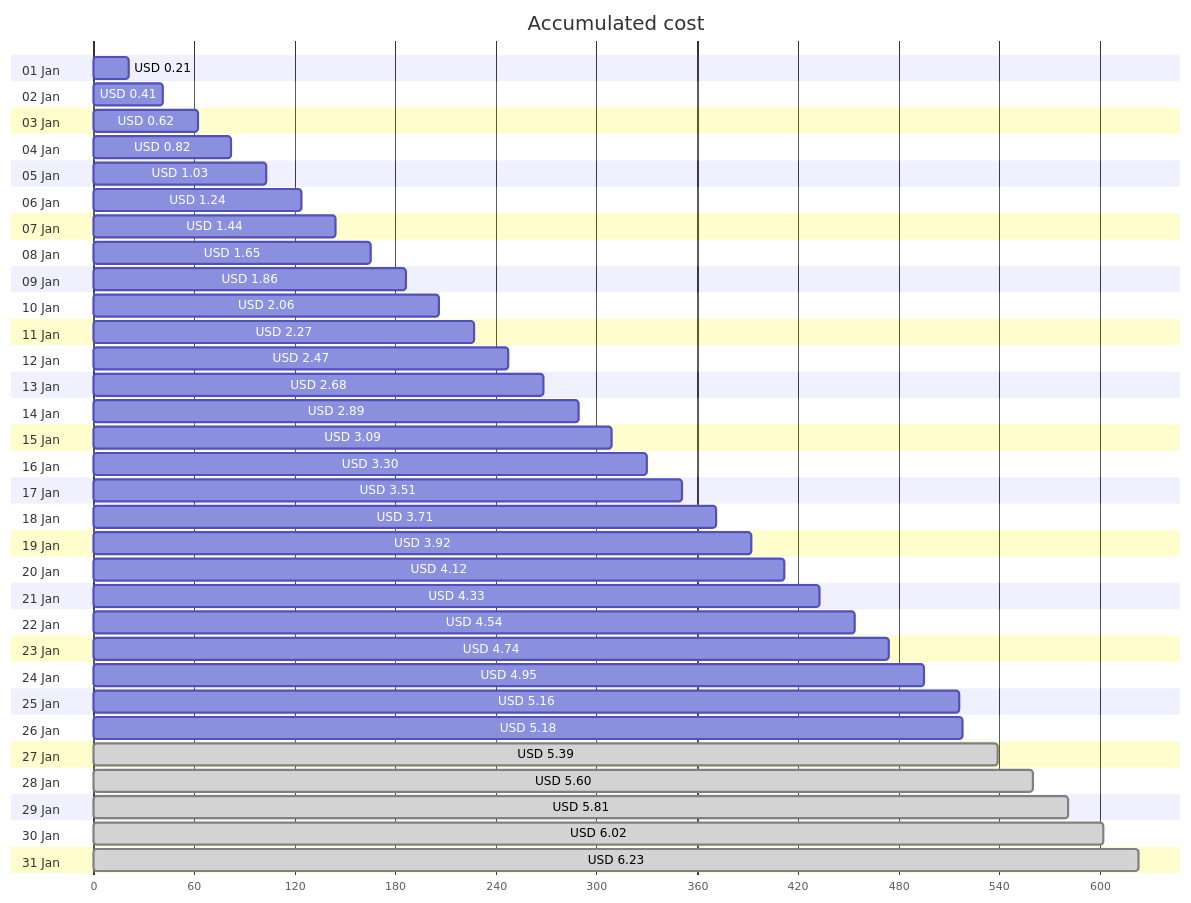
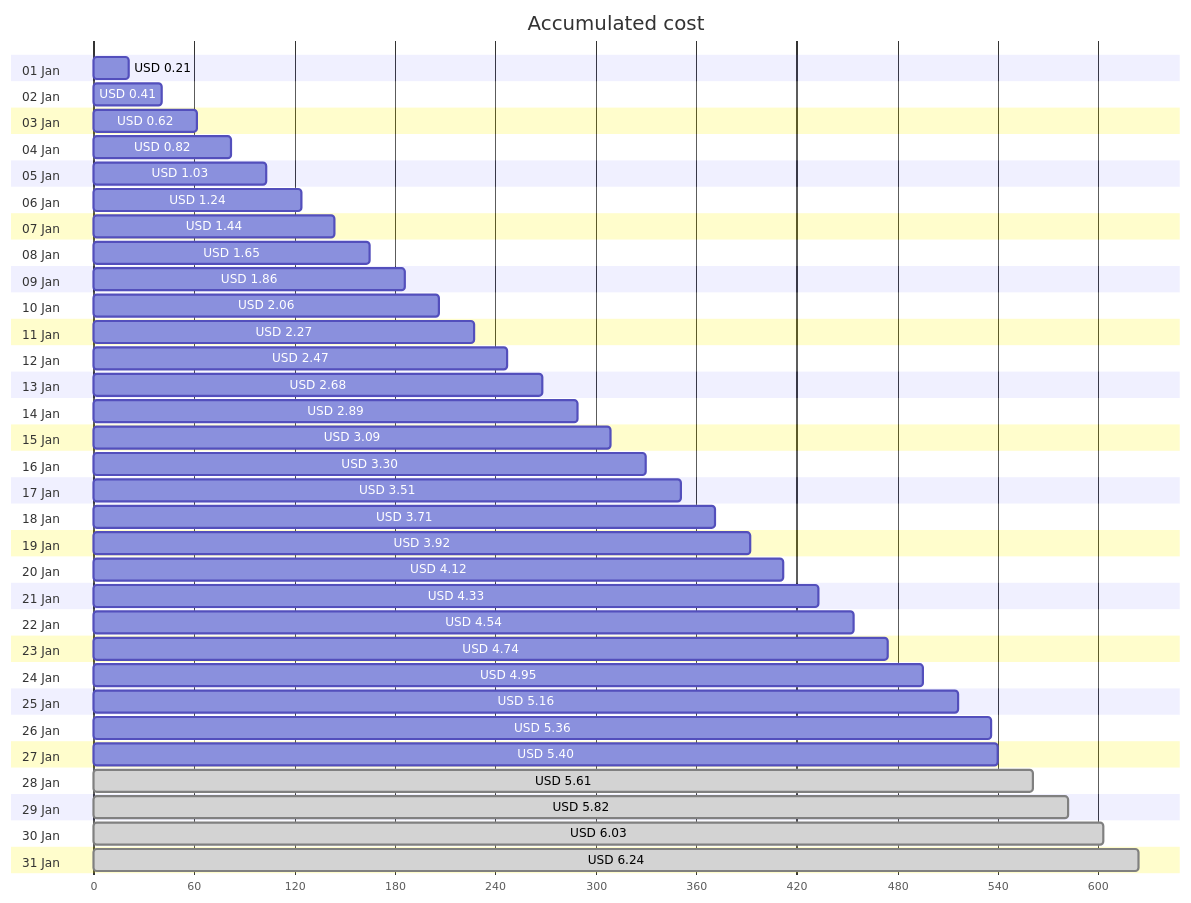
The first of 4 diagrams in cost-reports/personal-network/backup-server.md (jpfulton/azure-personal-reports), drawn with Mermaid before and after one commit. The commit also changed other lines of this file and 8 other files, not shown here.

````diff
--- a/cost-reports/personal-network/backup-server.md
+++ b/cost-reports/personal-network/backup-server.md
@@ -20,68 +20,68 @@
 ```mermaid
 gantt
    title Accumulated cost
    dateFormat  X
    axisFormat %s
    section 01 Jan
    USD 0.21 :0, 21
    section 02 Jan
    USD 0.41 :0, 41
    section 03 Jan
    USD 0.62 :0, 62
    section 04 Jan
    USD 0.82 :0, 82
    section 05 Jan
    USD 1.03 :0, 103
    section 06 Jan
    USD 1.24 :0, 124
    section 07 Jan
    USD 1.44 :0, 144
    section 08 Jan
    USD 1.65 :0, 165
    section 09 Jan
    USD 1.86 :0, 186
    section 10 Jan
    USD 2.06 :0, 206
    section 11 Jan
    USD 2.27 :0, 227
    section 12 Jan
    USD 2.47 :0, 247
    section 13 Jan
    USD 2.68 :0, 268
    section 14 Jan
    USD 2.89 :0, 289
    section 15 Jan
    USD 3.09 :0, 309
    section 16 Jan
    USD 3.30 :0, 330
    section 17 Jan
    USD 3.51 :0, 351
    section 18 Jan
    USD 3.71 :0, 371
    section 19 Jan
    USD 3.92 :0, 392
    section 20 Jan
    USD 4.12 :0, 412
    section 21 Jan
    USD 4.33 :0, 433
    section 22 Jan
    USD 4.54 :0, 454
    section 23 Jan
    USD 4.74 :0, 474
    section 24 Jan
    USD 4.95 :0, 495
    section 25 Jan
    USD 5.16 :0, 516
    section 26 Jan
-   USD 5.18 :0, 518
+   USD 5.36 :0, 536
    section 27 Jan
-   USD 5.39 : done, 0, 539
+   USD 5.40 :0, 540
    section 28 Jan
-   USD 5.60 : done, 0, 560
+   USD 5.61 : done, 0, 561
    section 29 Jan
-   USD 5.81 : done, 0, 581
+   USD 5.82 : done, 0, 582
    section 30 Jan
-   USD 6.02 : done, 0, 602
+   USD 6.03 : done, 0, 603
    section 31 Jan
-   USD 6.23 : done, 0, 623
+   USD 6.24 : done, 0, 624
 ```
````
